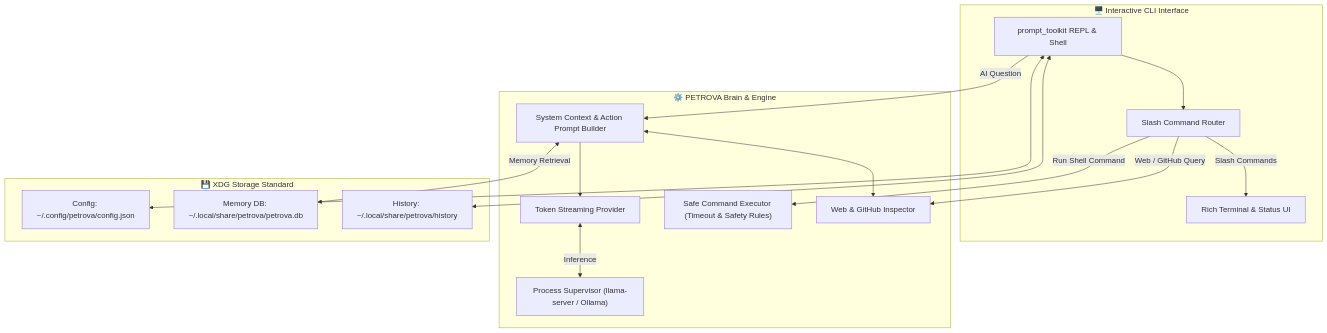
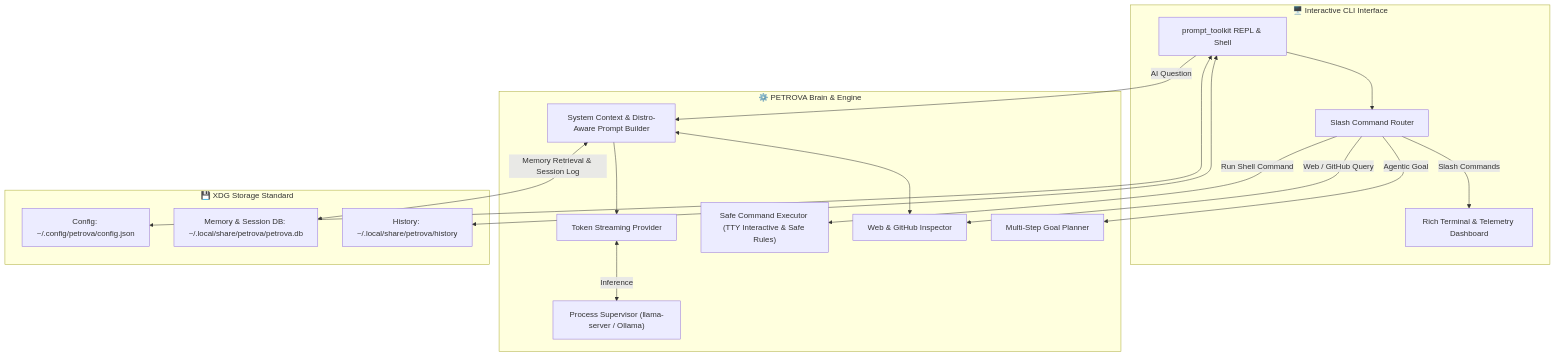
The diagram in README.md (Priyanshukumar2904/PETROVA), drawn with Mermaid before and after one commit. The commit also changed other lines of this file and 10 other files, not shown here.

Commit message:
Add proactive health briefings, episodic session journals, workspace detection, agentic goal planner, and feature showcase banner

````diff
--- a/README.md
+++ b/README.md
@@ -100,34 +112,36 @@
 ```mermaid
 flowchart TD
     subgraph Terminal["🖥️ Interactive CLI Interface"]
         A["prompt_toolkit REPL & Shell"]
-        B["Rich Terminal & Status UI"]
+        B["Rich Terminal & Telemetry Dashboard"]
         C["Slash Command Router"]
     end
 
     subgraph Core["⚙️ PETROVA Brain & Engine"]
-        D["System Context & Action Prompt Builder"]
+        D["System Context & Distro-Aware Prompt Builder"]
         E["Token Streaming Provider"]
         F["Process Supervisor (llama-server / Ollama)"]
-        G["Safe Command Executor (Timeout & Safety Rules)"]
+        G["Safe Command Executor (TTY Interactive & Safe Rules)"]
         H["Web & GitHub Inspector"]
+        I["Multi-Step Goal Planner"]
     end
 
     subgraph Storage["💾 XDG Storage Standard"]
-        I["Config: ~/.config/petrova/config.json"]
-        J["Memory DB: ~/.local/share/petrova/petrova.db"]
-        K["History: ~/.local/share/petrova/history"]
+        J["Config: ~/.config/petrova/config.json"]
+        K["Memory & Session DB: ~/.local/share/petrova/petrova.db"]
+        L["History: ~/.local/share/petrova/history"]
     end
 
     A --> C
     C -->|Slash Commands| B
     C -->|Run Shell Command| G
     C -->|Web / GitHub Query| H
+    C -->|Agentic Goal| I
     A -->|AI Question| D
     D --> E
     D <--> H
     E <-->|Inference| F
-    D <-->|Memory Retrieval| J
-    A <--> I
-    A <--> K
+    D <-->|Memory Retrieval & Session Log| K
+    A <--> J
+    A <--> L
 ```
````
